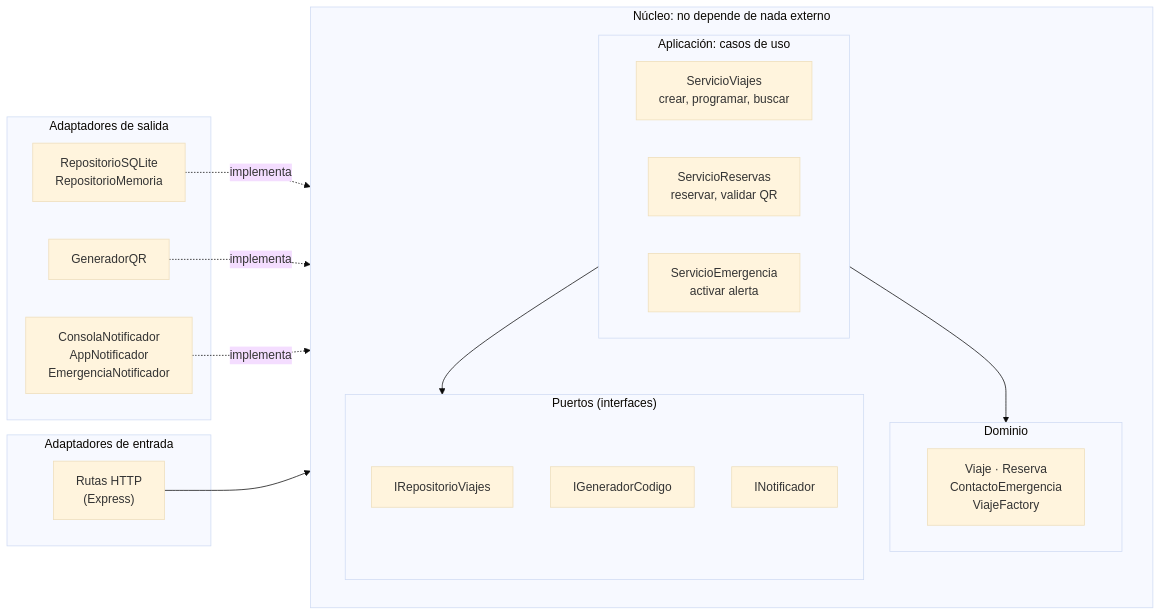
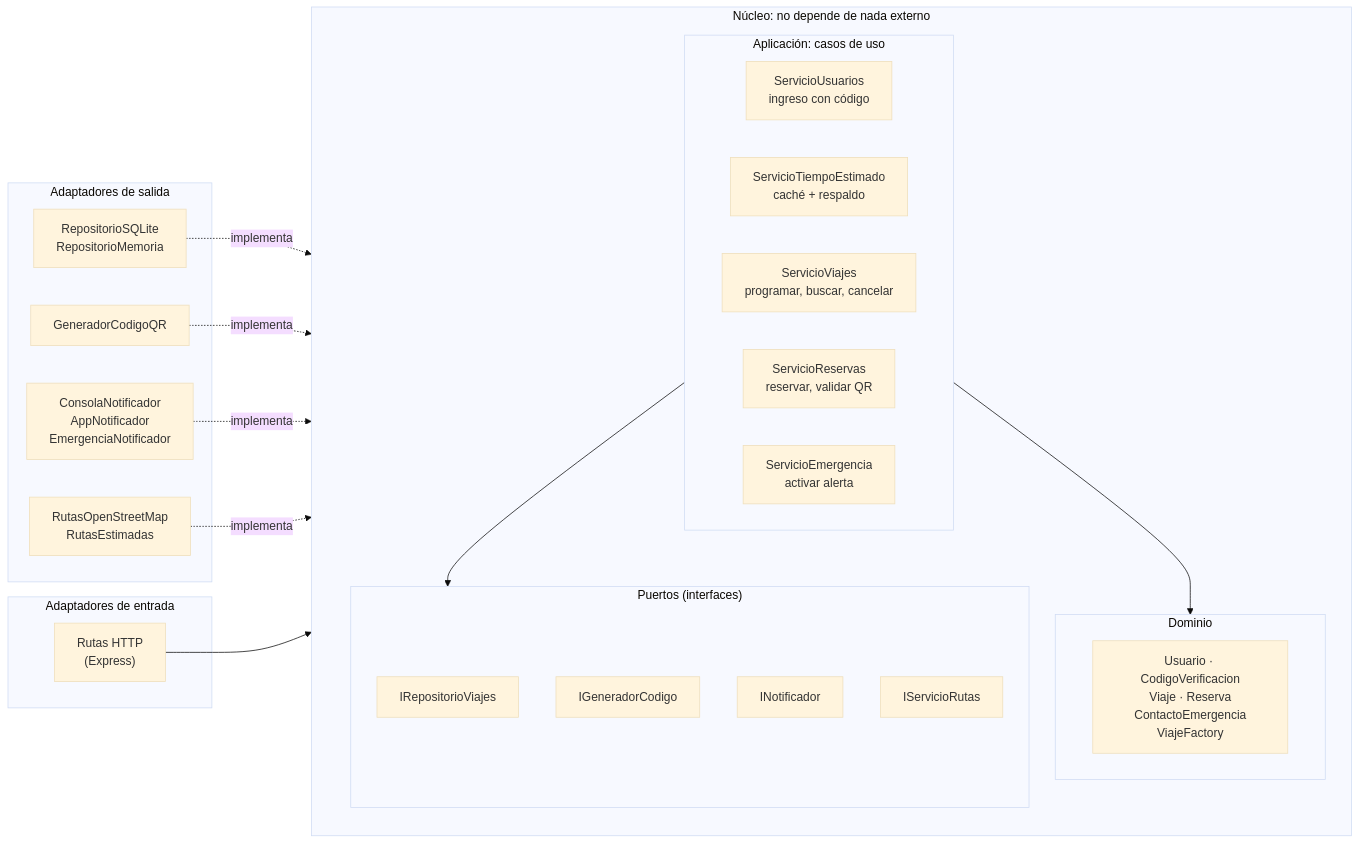
Before and after one commit to DanielForero14/Wheels-alternative: the fourth of 4 diagrams in docs/arquitectura.md, drawn with Mermaid (base theme). The commit also changed other lines of this file and 111 other files, not shown here.

````diff
--- a/docs/arquitectura.md
+++ b/docs/arquitectura.md
@@ -143,36 +148,41 @@
 ```mermaid
 flowchart LR
     subgraph ENTRADA["Adaptadores de entrada"]
         Rutas["Rutas HTTP<br/>(Express)"]
     end
 
     subgraph NUCLEO["Núcleo: no depende de nada externo"]
         direction TB
         subgraph APLICACION["Aplicación: casos de uso"]
-            SV["ServicioViajes<br/>crear, programar, buscar"]
+            SU["ServicioUsuarios<br/>ingreso con código"]
+            ST["ServicioTiempoEstimado<br/>caché + respaldo"]
+            SV["ServicioViajes<br/>programar, buscar, cancelar"]
             SR["ServicioReservas<br/>reservar, validar QR"]
             SE["ServicioEmergencia<br/>activar alerta"]
         end
         subgraph DOMINIO["Dominio"]
-            D["Viaje · Reserva<br/>ContactoEmergencia<br/>ViajeFactory"]
+            D["Usuario · CodigoVerificacion<br/>Viaje · Reserva<br/>ContactoEmergencia<br/>ViajeFactory"]
         end
         subgraph PUERTOS["Puertos (interfaces)"]
             PRepo["IRepositorioViajes"]
             PQR["IGeneradorCodigo"]
             PNot["INotificador"]
+            PRut["IServicioRutas"]
         end
     end
 
     subgraph SALIDA["Adaptadores de salida"]
         Repos["RepositorioSQLite<br/>RepositorioMemoria"]
-        QR["GeneradorQR"]
+        QR["GeneradorCodigoQR"]
         Nots["ConsolaNotificador<br/>AppNotificador<br/>EmergenciaNotificador"]
+        Rut["RutasOpenStreetMap<br/>RutasEstimadas"]
     end
 
     Rutas --> APLICACION
     APLICACION --> DOMINIO
     APLICACION --> PUERTOS
     Repos -. implementa .-> PRepo
     QR -. implementa .-> PQR
     Nots -. implementa .-> PNot
+    Rut -. implementa .-> PRut
 ```
````
